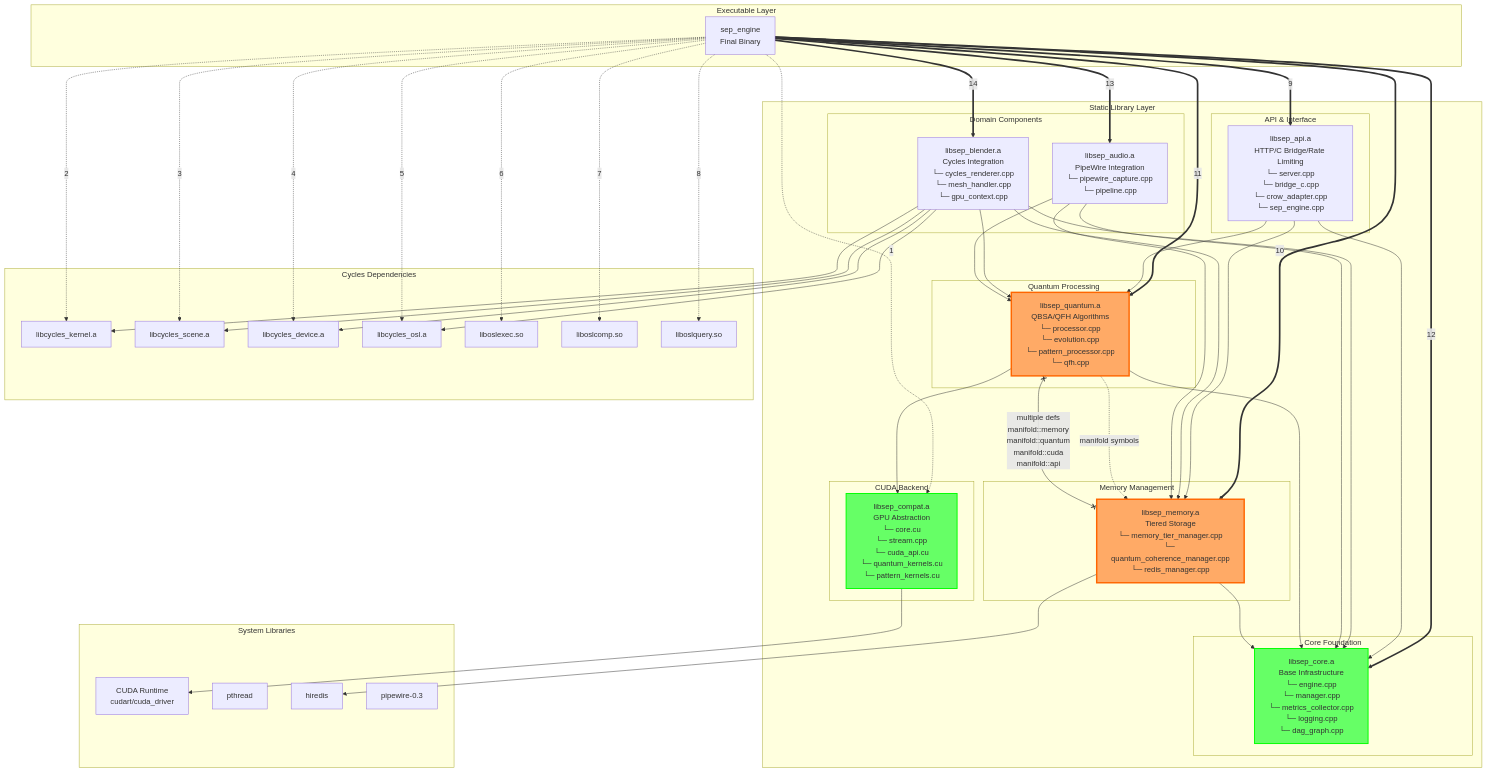
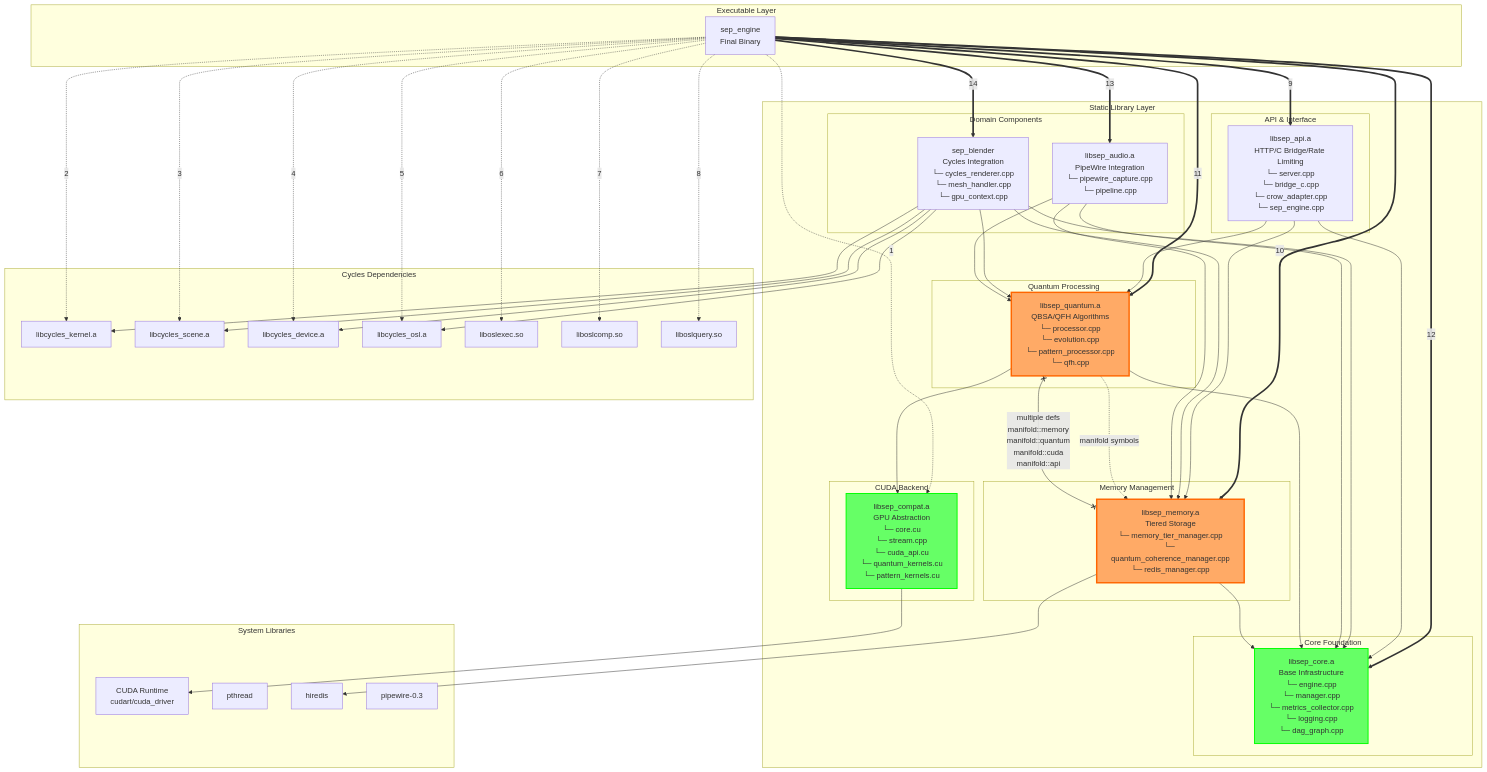
Before and after one commit to SepDynamics/sep: the first of 9 diagrams in docs/ARCHITECTURE.md, drawn with Mermaid. The commit also changed other lines of this file, not shown here.

Commit message:
docs: update blender library references

```diff
--- a/docs/ARCHITECTURE.md
+++ b/docs/ARCHITECTURE.md
@@ -15,7 +15,7 @@
         end
 
         subgraph "Domain Components"
-            blender[libsep_blender.a<br/>Cycles Integration<br/>└─ cycles_renderer.cpp<br/>└─ mesh_handler.cpp<br/>└─ gpu_context.cpp]
+            blender[sep_blender<br/>Cycles Integration<br/>└─ cycles_renderer.cpp<br/>└─ mesh_handler.cpp<br/>└─ gpu_context.cpp]
             audio[libsep_audio.a<br/>PipeWire Integration<br/>└─ pipewire_capture.cpp<br/>└─ pipeline.cpp]
         end
 
```
